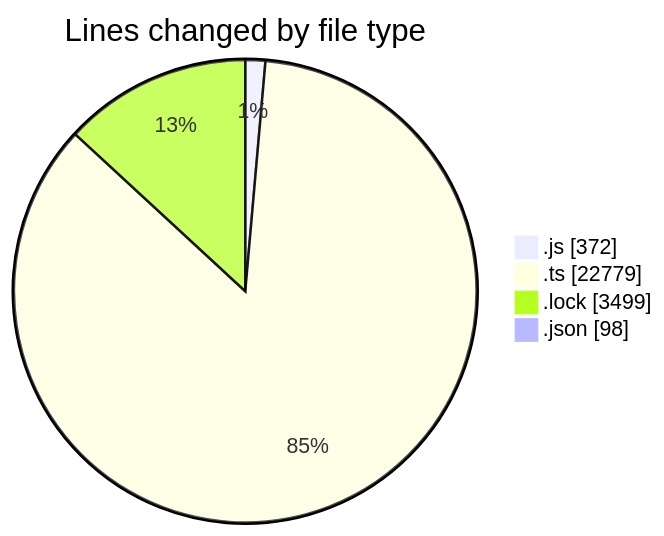
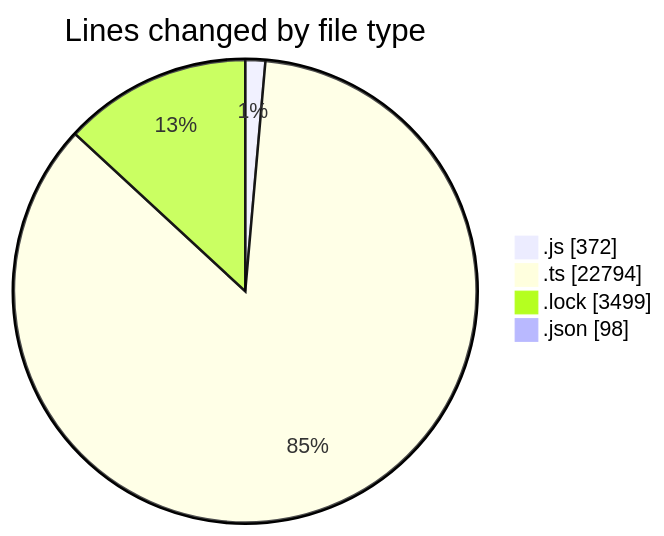
Before and after one commit to momahboobian/code-tracking: the first of 2 diagrams in 2025-05-27/cda/README.md, drawn with Mermaid. The commit also changed other lines of this file and 1 other file, not shown here.

````diff
--- a/2025-05-27/cda/README.md
+++ b/2025-05-27/cda/README.md
@@ -30,8 +30,8 @@
 ```mermaid
 pie showData
 title Lines changed by file type
 ".js" : 372
-".ts" : 22779
+".ts" : 22794
 ".lock" : 3499
 ".json" : 98
 ```
````
